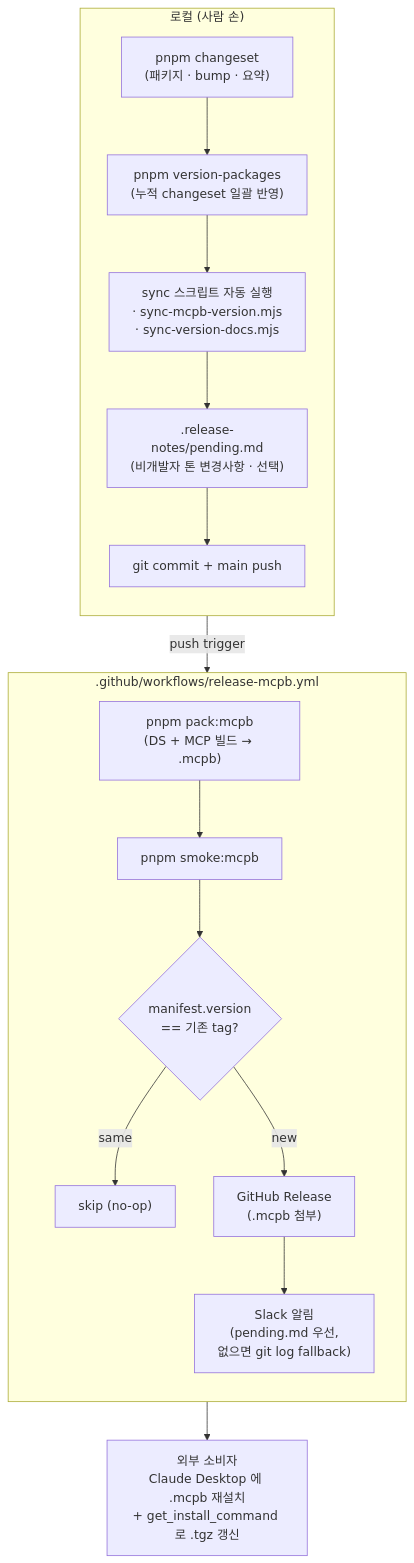
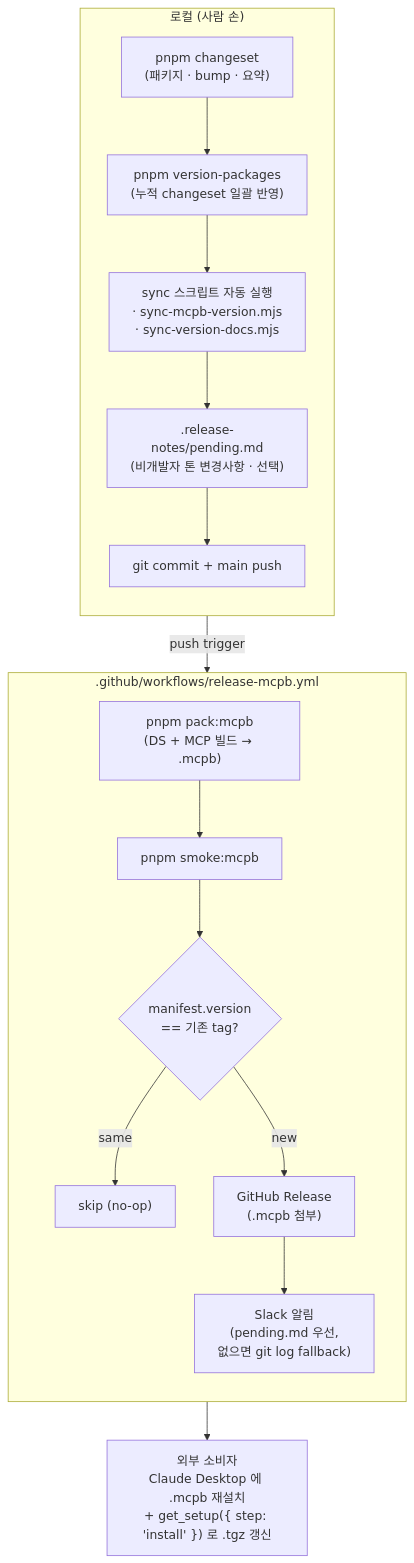
The second of 4 diagrams in README.md (ios-nous178/NDS_Project), drawn with Mermaid before and after one commit. The commit also changed other lines of this file and 4 other files, not shown here.

````diff
--- a/README.md
+++ b/README.md
@@ -117,29 +117,29 @@
 ```mermaid
 flowchart TB
   subgraph LOCAL["로컬 (사람 손)"]
     direction TB
     CS["pnpm changeset<br/>(패키지 · bump · 요약)"]
     VP["pnpm version-packages<br/>(누적 changeset 일괄 반영)"]
     SYNC["sync 스크립트 자동 실행<br/>· sync-mcpb-version.mjs<br/>· sync-version-docs.mjs"]
     NOTES[".release-notes/pending.md<br/>(비개발자 톤 변경사항 · 선택)"]
     PUSH["git commit + main push"]
   end
 
   subgraph CI[".github/workflows/release-mcpb.yml"]
     direction TB
     PACK["pnpm pack:mcpb<br/>(DS + MCP 빌드 → .mcpb)"]
     SMOKE["pnpm smoke:mcpb"]
     TAGCHK{"manifest.version<br/>== 기존 tag?"}
     SKIP["skip (no-op)"]
     REL["GitHub Release<br/>(.mcpb 첨부)"]
     SLACK["Slack 알림<br/>(pending.md 우선,<br/>없으면 git log fallback)"]
   end
 
-  EXT["외부 소비자<br/>Claude Desktop 에 .mcpb 재설치<br/>+ get_install_command 로 .tgz 갱신"]
+  EXT["외부 소비자<br/>Claude Desktop 에 .mcpb 재설치<br/>+ get_setup({ step: 'install' }) 로 .tgz 갱신"]
 
   CS --> VP --> SYNC --> NOTES --> PUSH
   PUSH -->|push trigger| PACK
   PACK --> SMOKE --> TAGCHK
   TAGCHK -->|same| SKIP
   TAGCHK -->|new| REL --> SLACK --> EXT
 ```
````
